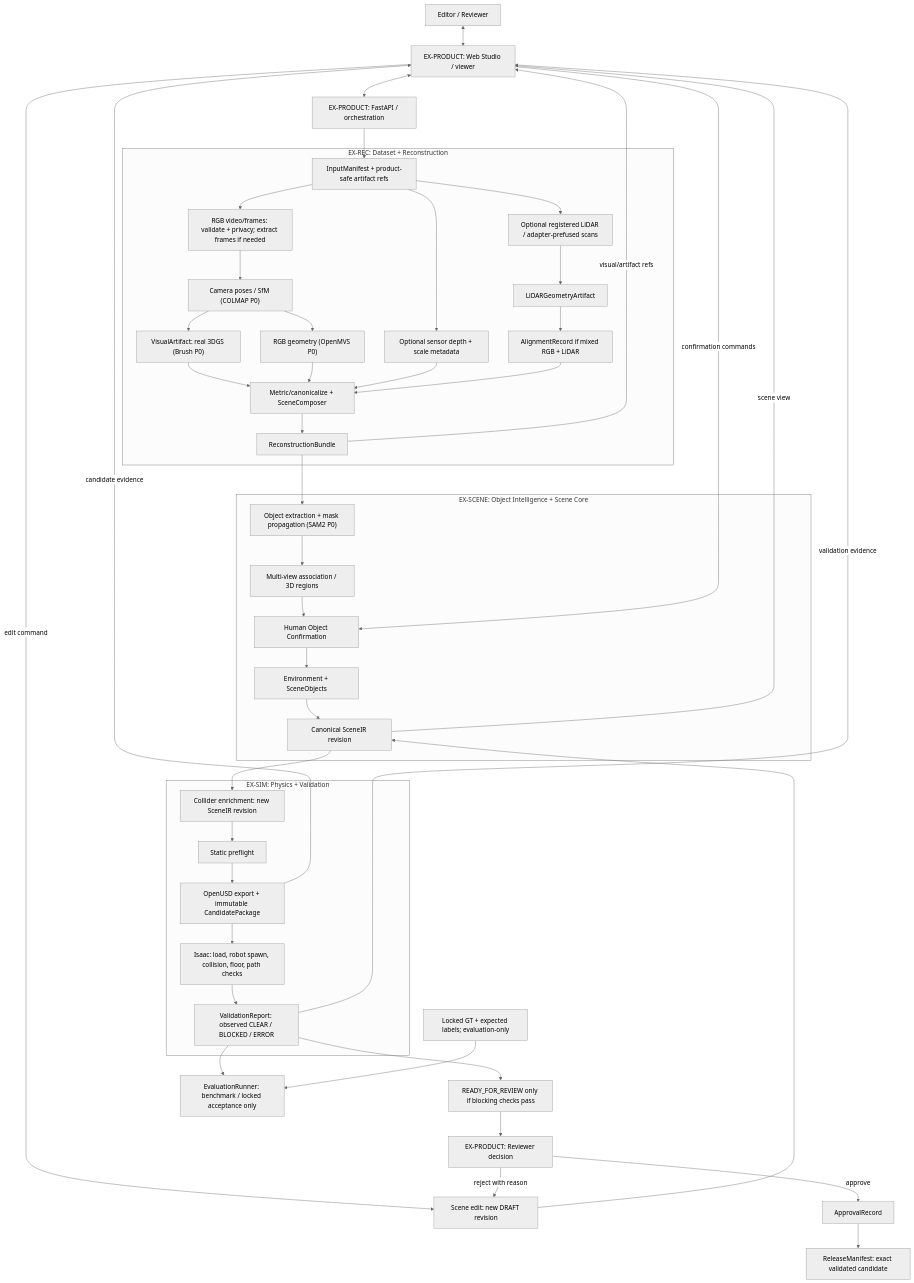
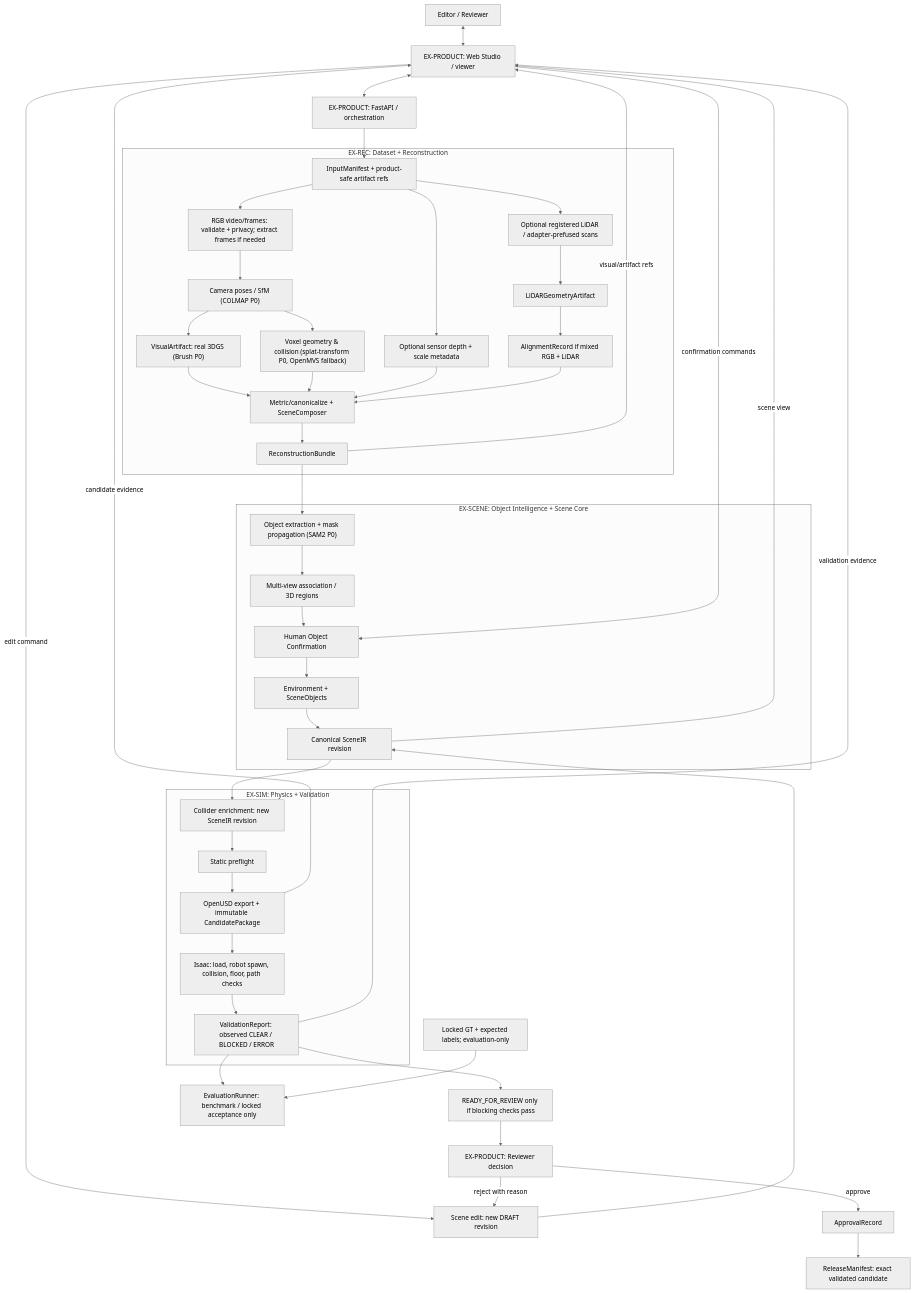
Before and after one commit to awun0105/P-087: the first of 2 diagrams in ARCHITECTURE.md, drawn with Mermaid (neutral theme). The commit also changed other lines of this file and 12 other files, not shown here.

Commit message:
docs(architecture): update baseline to PlayCanvas ecosystem and de-risk collision pipeline

````diff
--- a/ARCHITECTURE.md
+++ b/ARCHITECTURE.md
@@ -202,54 +205,54 @@
 ```mermaid
 flowchart TB
     HUMAN["Editor / Reviewer"] <--> WEB["EX-PRODUCT: Web Studio / viewer"]
     WEB <--> API["EX-PRODUCT: FastAPI / orchestration"]
     API --> INPUT["InputManifest + product-safe artifact refs"]
 
     subgraph REC["EX-REC: Dataset + Reconstruction"]
         INPUT --> RGB["RGB video/frames: validate + privacy; extract frames if needed"]
         INPUT --> DEPTH["Optional sensor depth + scale metadata"]
         INPUT --> LIDAR["Optional registered LiDAR / adapter-prefused scans"]
         RGB --> POSE["Camera poses / SfM (COLMAP P0)"]
         POSE --> VIS["VisualArtifact: real 3DGS (Brush P0)"]
-        POSE --> GEO["RGB geometry (OpenMVS P0)"]
+        POSE --> GEO["Voxel geometry & collision (splat-transform P0, OpenMVS fallback)"]
         LIDAR --> LG["LiDARGeometryArtifact"]
         LG --> ALIGN["AlignmentRecord if mixed RGB + LiDAR"]
         VIS --> COMPOSE["Metric/canonicalize + SceneComposer"]
         GEO --> COMPOSE
         DEPTH --> COMPOSE
         ALIGN --> COMPOSE
         COMPOSE --> BUNDLE["ReconstructionBundle"]
     end
 
     subgraph SCENE["EX-SCENE: Object Intelligence + Scene Core"]
         BUNDLE --> EXTRACT["Object extraction + mask propagation (SAM2 P0)"]
         EXTRACT --> ASSOC["Multi-view association / 3D regions"]
         ASSOC --> CONFIRM["Human Object Confirmation"]
         CONFIRM --> DECOMP["Environment + SceneObjects"]
         DECOMP --> IR["Canonical SceneIR revision"]
     end
 
     subgraph SIM["EX-SIM: Physics + Validation"]
         IR --> COLL["Collider enrichment: new SceneIR revision"]
         COLL --> PREFLIGHT["Static preflight"]
         PREFLIGHT --> CAND["OpenUSD export + immutable CandidatePackage"]
         CAND --> ISAAC["Isaac: load, robot spawn, collision, floor, path checks"]
         ISAAC --> REPORT["ValidationReport: observed CLEAR / BLOCKED / ERROR"]
     end
 
     WEB -->|confirmation commands| CONFIRM
     BUNDLE -->|visual/artifact refs| WEB
     IR -->|scene view| WEB
     CAND -->|candidate evidence| WEB
     REPORT -->|validation evidence| WEB
     WEB -->|edit command| EDIT["Scene edit: new DRAFT revision"]
     EDIT --> IR
     REPORT --> GATE["READY_FOR_REVIEW only if blocking checks pass"]
     GATE --> REVIEW["EX-PRODUCT: Reviewer decision"]
     REVIEW -->|approve| APPROVAL["ApprovalRecord"]
     APPROVAL --> RELEASE["ReleaseManifest: exact validated candidate"]
     REVIEW -->|reject with reason| EDIT
 
     REPORT --> EVAL["EvaluationRunner: benchmark / locked acceptance only"]
     GT["Locked GT + expected labels; evaluation-only"] --> EVAL
 ```
````
